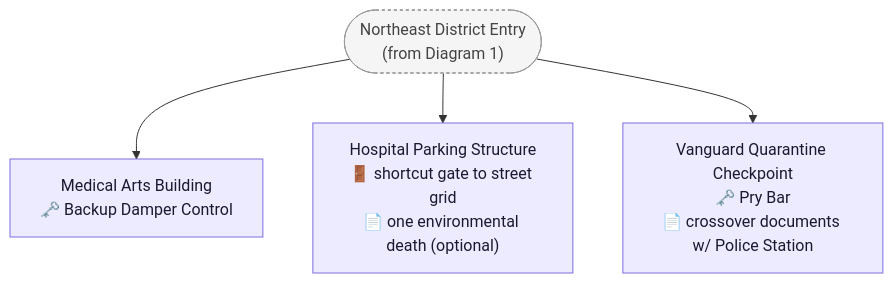
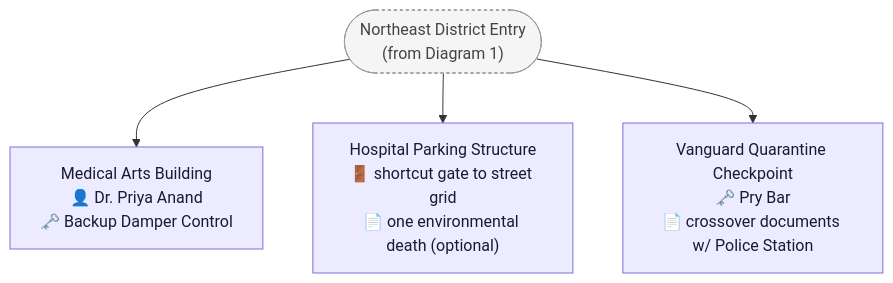
Before and after one commit to GIToez/Deadlock-Design: the sixth of 6 diagrams in DESIGN/Locations/Hospital.md, drawn with Mermaid. The commit also changed other lines of this file and 15 other files, not shown here.

````diff
--- a/DESIGN/Locations/Hospital.md
+++ b/DESIGN/Locations/Hospital.md
@@ -517,17 +521,17 @@
 ```mermaid
 flowchart TD
     ENTRYREF(["Northeast District Entry<br/>(from Diagram 1)"])
-    ARTS["Medical Arts Building<br/>🗝️ Backup Damper Control"]
+    ARTS["Medical Arts Building<br/>👤 Dr. Priya Anand<br/>🗝️ Backup Damper Control"]
     PARKING["Hospital Parking Structure<br/>🚪 shortcut gate to street grid<br/>📄 one environmental death (optional)"]
     CHECKPOINT["Vanguard Quarantine Checkpoint<br/>🗝️ Pry Bar<br/>📄 crossover documents w/ Police Station"]
 
     ENTRYREF --> ARTS
     ENTRYREF --> PARKING
     ENTRYREF --> CHECKPOINT
 
     classDef room fill:#EDEBFF,stroke:#7C6EE0,color:#1a1a2e
     classDef exterior fill:#E3F0FF,stroke:#4A76C9,color:#0d1f3a
     classDef ref fill:#F5F5F5,stroke:#999999,color:#444444,stroke-dasharray:3 3
     class ENTRYREF ref
     class ARTS,PARKING,CHECKPOINT room
 ```
````
